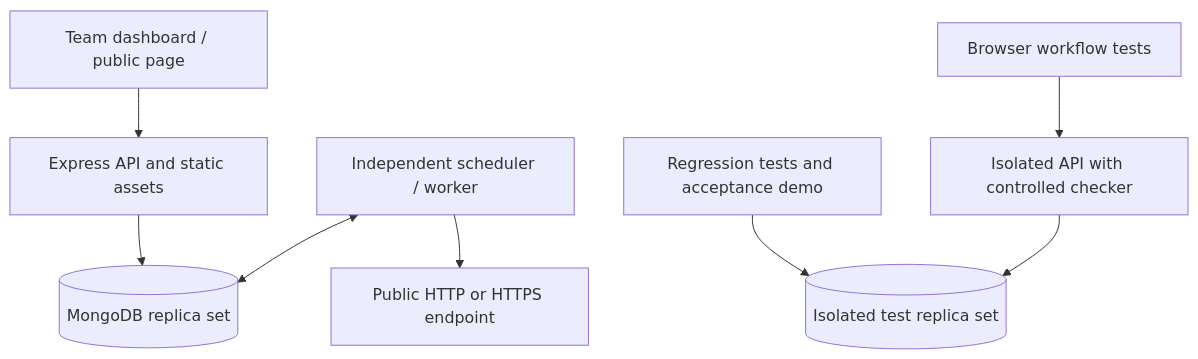
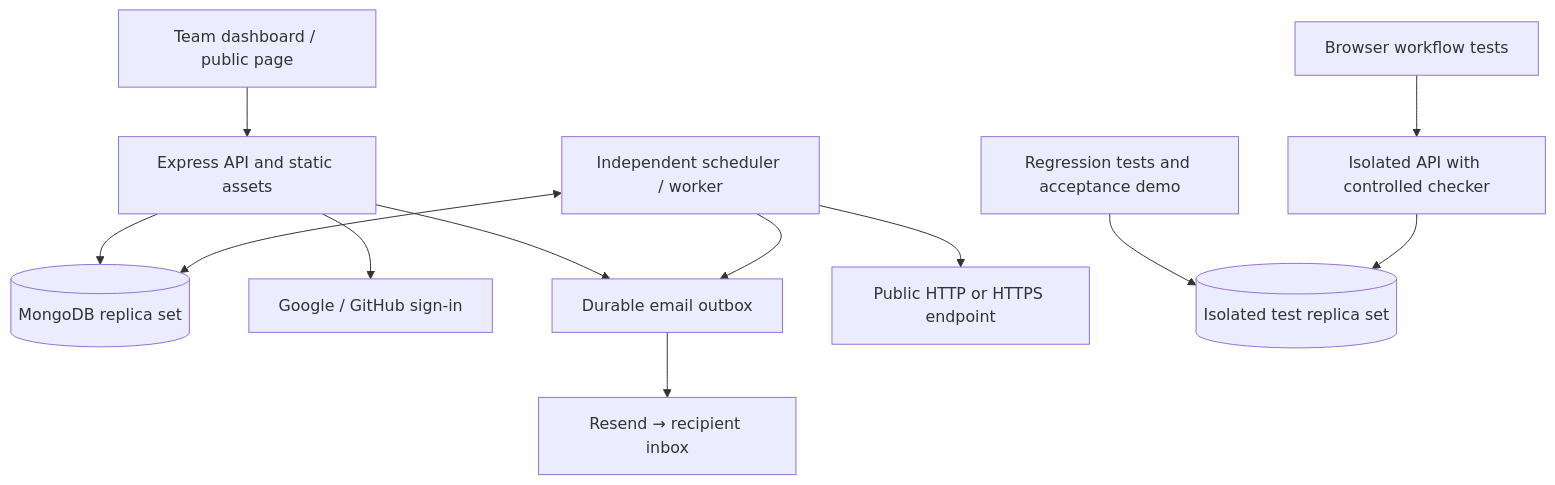
Before and after one commit to Sir-kuku/status_pulse_appp: the third of 3 diagrams in docs/workflow-overview.md, drawn with Mermaid. The commit also changed other lines of this file and 35 other files, not shown here.

Commit message:
Add real email, social sign-in, and theme preferences

````diff
--- a/docs/workflow-overview.md
+++ b/docs/workflow-overview.md
@@ -81,10 +85,14 @@
 ```mermaid
 flowchart TB
     Browser[Team dashboard / public page] --> API[Express API and static assets]
     API --> DB[(MongoDB replica set)]
+    API --> Identity[Google / GitHub sign-in]
+    API --> Mail[Durable email outbox]
+    Worker --> Mail
+    Mail --> Provider[Resend → recipient inbox]
     Worker[Independent scheduler / worker] <--> DB
     Worker --> Endpoint[Public HTTP or HTTPS endpoint]
     Tests[Regression tests and acceptance demo] --> Isolated[(Isolated test replica set)]
     BrowserTests[Browser workflow tests] --> TestAPI[Isolated API with controlled checker]
     TestAPI --> Isolated
 ```
````
